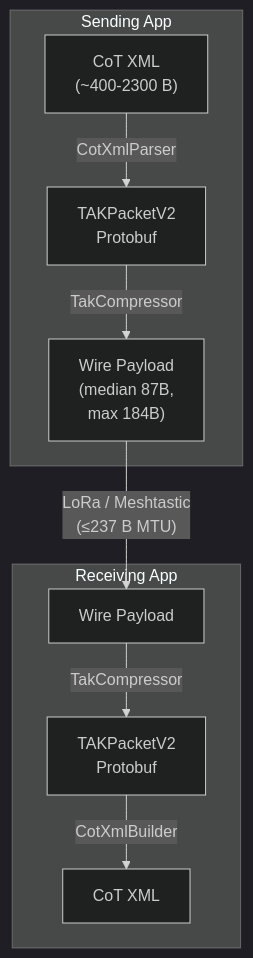
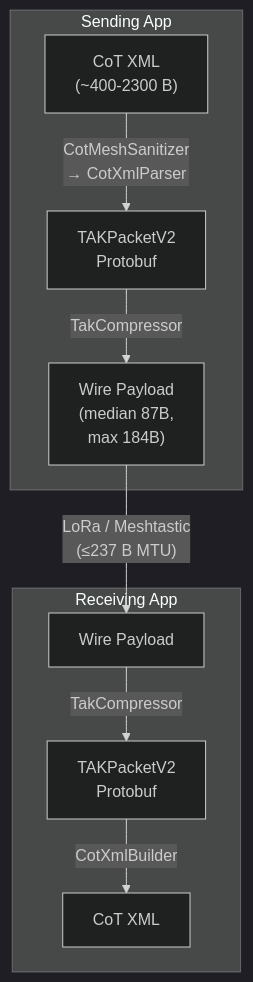
Before and after one commit to meshtastic/TAKPacket-SDK: the first of 2 diagrams in README.md, drawn with Mermaid (dark theme). The commit also changed other lines of this file and 13 other files, not shown here.

````diff
--- a/README.md
+++ b/README.md
@@ -9,18 +9,18 @@
 ```mermaid
 flowchart TD
     subgraph send ["Sending App"]
         A["CoT XML<br/>(~400-2300 B)"]
         B["TAKPacketV2<br/>Protobuf"]
         C["Wire Payload<br/>(median 87B,<br/>max 184B)"]
-        A -->|CotXmlParser| B
+        A -->|"CotMeshSanitizer<br/>→ CotXmlParser"| B
         B -->|TakCompressor| C
     end
     C -->|"LoRa / Meshtastic<br/>(≤237 B MTU)"| D
     subgraph recv ["Receiving App"]
         D["Wire Payload"]
         E["TAKPacketV2<br/>Protobuf"]
         F["CoT XML"]
         D -->|TakCompressor| E
         E -->|CotXmlBuilder| F
     end
 ```
````
